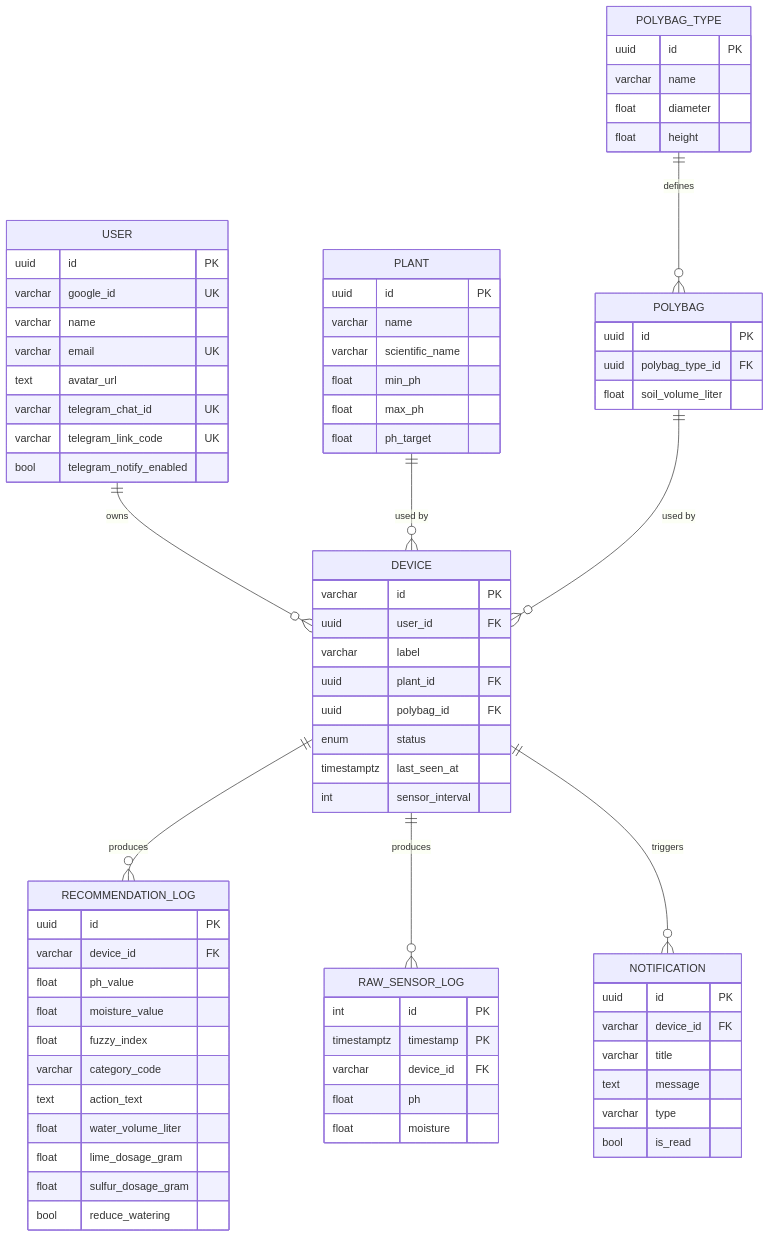
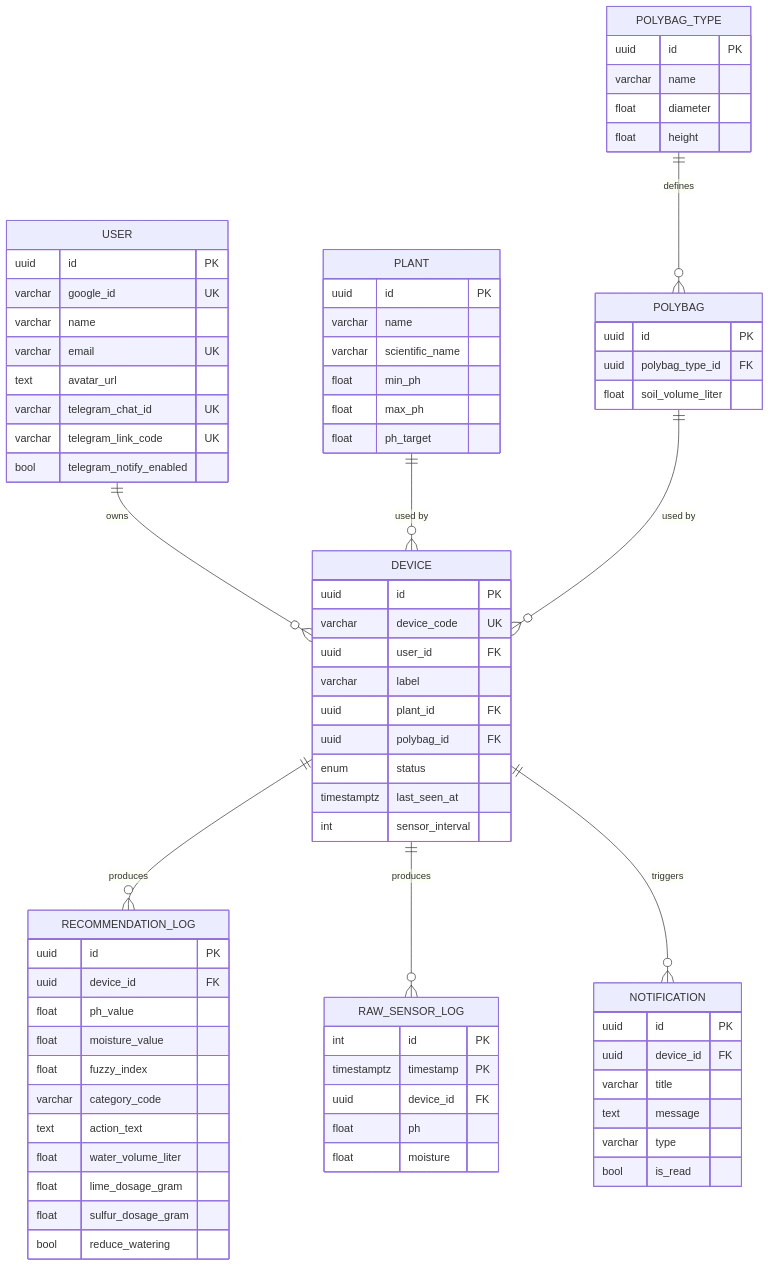
One commit to Capstone2026-E04/Subur.in changed the diagram in docs/architecture/database-schema.md. Above: the diagram before and after it, drawn with Mermaid. The commit also changed 11 other files, not shown here.

First line of the commit message:
refactor(frontend): ikuti deviceCode pada API device dan perbarui dokumentasi

````diff
--- a/docs/architecture/database-schema.md
+++ b/docs/architecture/database-schema.md
@@ -20,78 +20,79 @@
 ```mermaid
 erDiagram
     USER ||--o{ DEVICE : owns
     PLANT ||--o{ DEVICE : "used by"
     POLYBAG ||--o{ DEVICE : "used by"
     POLYBAG_TYPE ||--o{ POLYBAG : defines
     DEVICE ||--o{ RECOMMENDATION_LOG : produces
     DEVICE ||--o{ RAW_SENSOR_LOG : produces
     DEVICE ||--o{ NOTIFICATION : triggers
 
     USER {
         uuid id PK
         varchar google_id UK
         varchar name
         varchar email UK
         text avatar_url
         varchar telegram_chat_id UK
         varchar telegram_link_code UK
         bool telegram_notify_enabled
     }
     DEVICE {
-        varchar id PK
+        uuid id PK
+        varchar device_code UK
         uuid user_id FK
         varchar label
         uuid plant_id FK
         uuid polybag_id FK
         enum status
         timestamptz last_seen_at
         int sensor_interval
     }
     PLANT {
         uuid id PK
         varchar name
         varchar scientific_name
         float min_ph
         float max_ph
         float ph_target
     }
     POLYBAG_TYPE {
         uuid id PK
         varchar name
         float diameter
         float height
     }
     POLYBAG {
         uuid id PK
         uuid polybag_type_id FK
         float soil_volume_liter
     }
     RECOMMENDATION_LOG {
         uuid id PK
-        varchar device_id FK
+        uuid device_id FK
         float ph_value
         float moisture_value
         float fuzzy_index
         varchar category_code
         text action_text
         float water_volume_liter
         float lime_dosage_gram
         float sulfur_dosage_gram
         bool reduce_watering
     }
     RAW_SENSOR_LOG {
         int id PK
         timestamptz timestamp PK
-        varchar device_id FK
+        uuid device_id FK
         float ph
         float moisture
     }
     NOTIFICATION {
         uuid id PK
-        varchar device_id FK
+        uuid device_id FK
         varchar title
         text message
         varchar type
         bool is_read
     }
 ```
````
